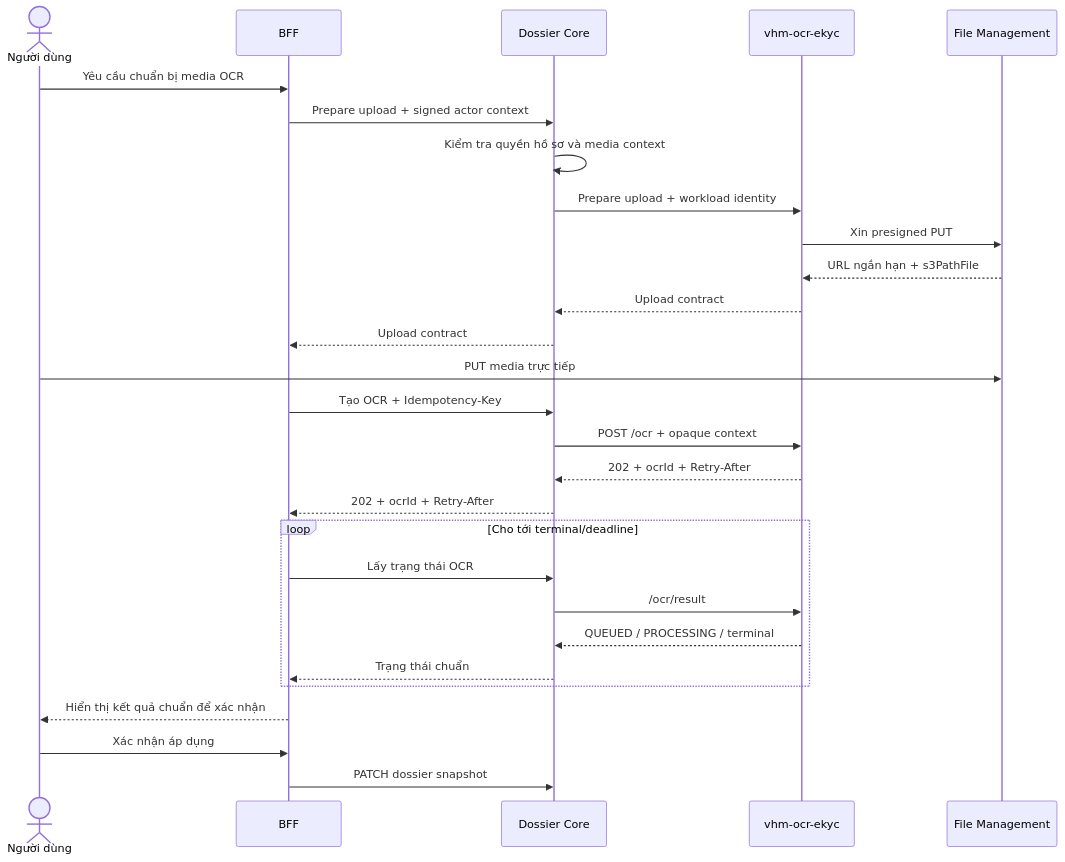
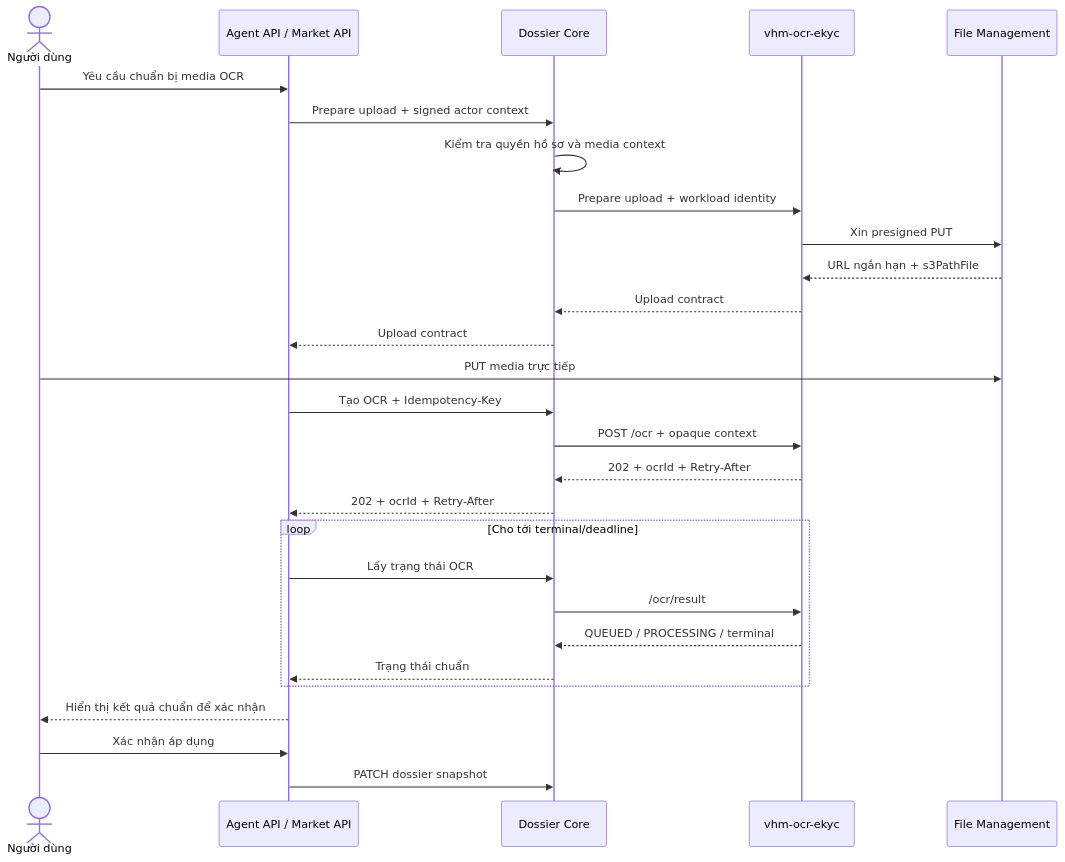
Before and after one commit to huynv-xyz/vhm: the seventh of 8 diagrams in tdd-dossier.md, drawn with Mermaid. The commit also changed other lines of this file, not shown here.

````diff
--- a/tdd-dossier.md
+++ b/tdd-dossier.md
@@ -701,31 +701,31 @@
 ```mermaid
 sequenceDiagram
     actor U as Người dùng
-    participant B as BFF
+    participant B as Agent API / Market API
     participant C as Dossier Core
     participant O as vhm-ocr-ekyc
     participant F as File Management
 
     U->>B: Yêu cầu chuẩn bị media OCR
     B->>C: Prepare upload + signed actor context
     C->>C: Kiểm tra quyền hồ sơ và media context
     C->>O: Prepare upload + workload identity
     O->>F: Xin presigned PUT
     F-->>O: URL ngắn hạn + s3PathFile
     O-->>C: Upload contract
     C-->>B: Upload contract
     U->>F: PUT media trực tiếp
     B->>C: Tạo OCR + Idempotency-Key
     C->>O: POST /ocr + opaque context
     O-->>C: 202 + ocrId + Retry-After
     C-->>B: 202 + ocrId + Retry-After
     loop Cho tới terminal/deadline
         B->>C: Lấy trạng thái OCR
         C->>O: /ocr/result
         O-->>C: QUEUED / PROCESSING / terminal
         C-->>B: Trạng thái chuẩn
     end
     B-->>U: Hiển thị kết quả chuẩn để xác nhận
     U->>B: Xác nhận áp dụng
     B->>C: PATCH dossier snapshot
 ```
````
